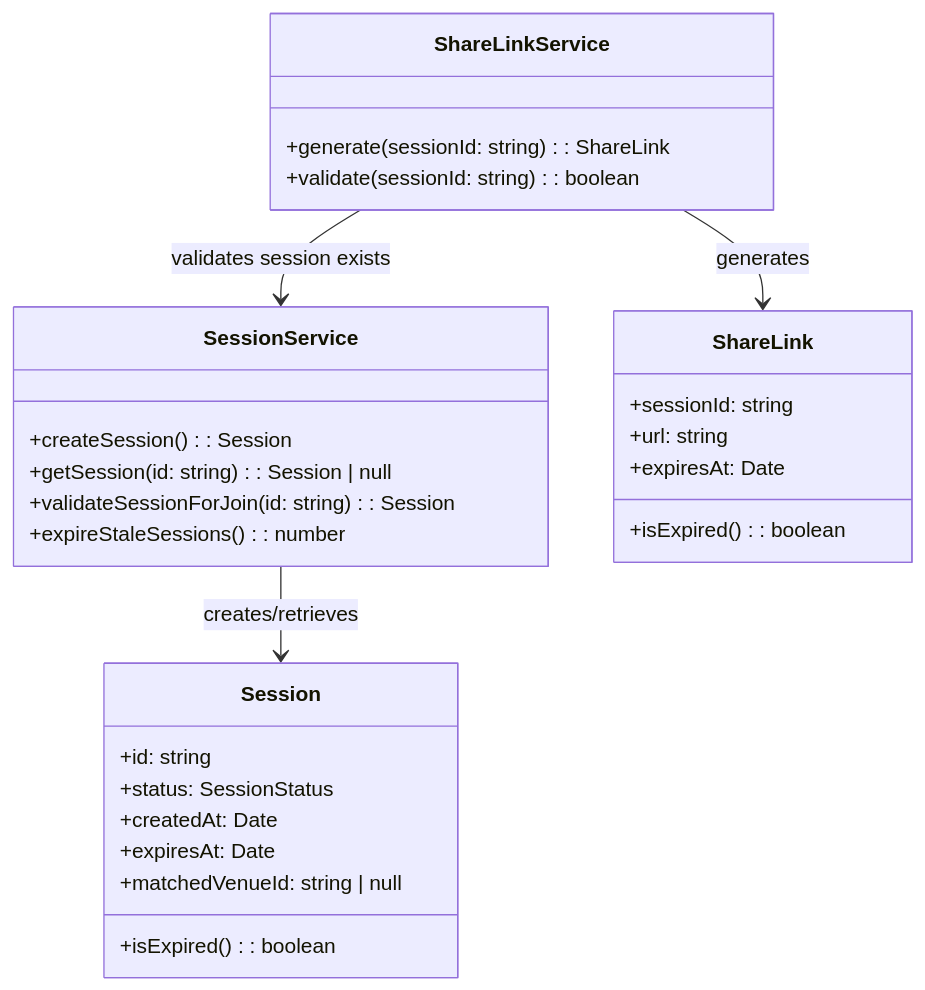
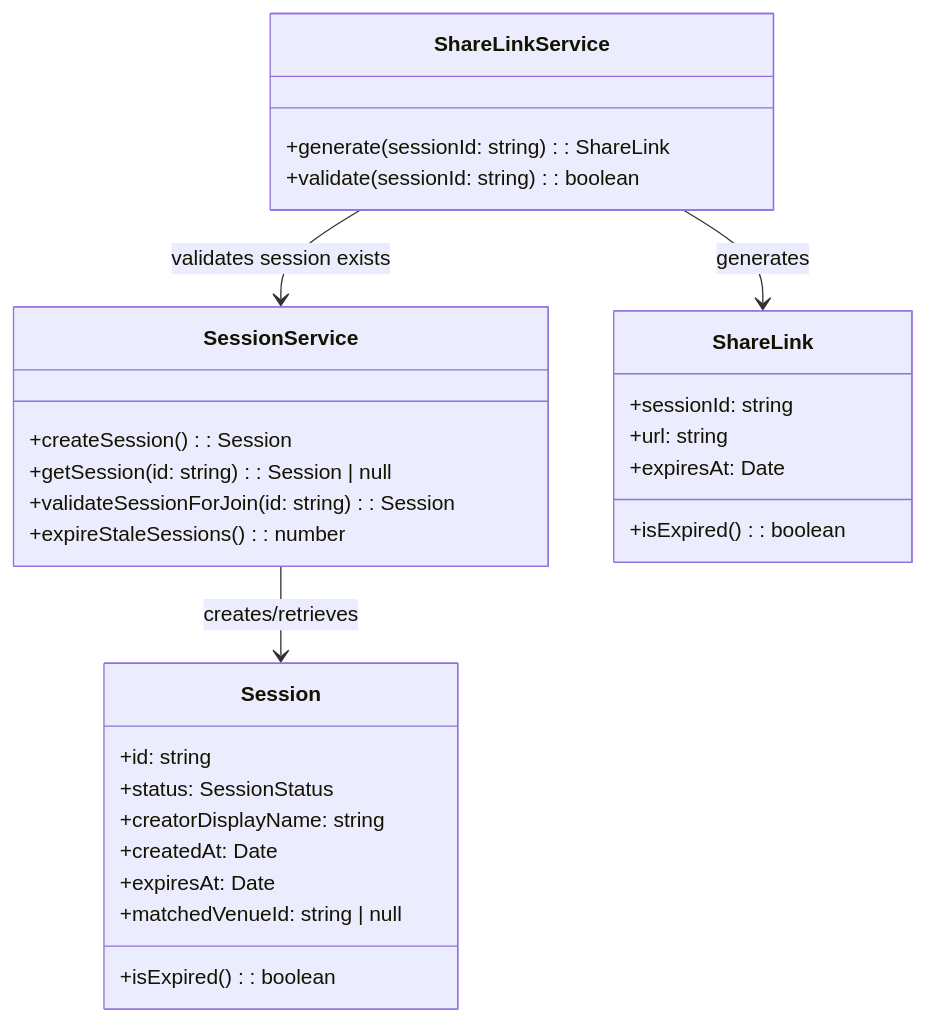
The second of 4 diagrams in docs/dev-specs/ds-01-session-management.md (Aiden-Barrera/dateflow), drawn with Mermaid before and after one commit. The commit also changed other lines of this file and 7 other files, not shown here.

````diff
--- a/docs/dev-specs/ds-01-session-management.md
+++ b/docs/dev-specs/ds-01-session-management.md
@@ -52,34 +52,35 @@
 ```mermaid
 classDiagram
     class Session {
         +id: string
         +status: SessionStatus
+        +creatorDisplayName: string
         +createdAt: Date
         +expiresAt: Date
         +matchedVenueId: string | null
         +isExpired(): boolean
     }
 
     class SessionService {
         +createSession(): Session
         +getSession(id: string): Session | null
         +validateSessionForJoin(id: string): Session
         +expireStaleSessions(): number
     }
 
     class ShareLink {
         +sessionId: string
         +url: string
         +expiresAt: Date
         +isExpired(): boolean
     }
 
     class ShareLinkService {
         +generate(sessionId: string): ShareLink
         +validate(sessionId: string): boolean
     }
 
     SessionService --> Session : creates/retrieves
     ShareLinkService --> ShareLink : generates
     ShareLinkService --> SessionService : validates session exists
 ```
````
